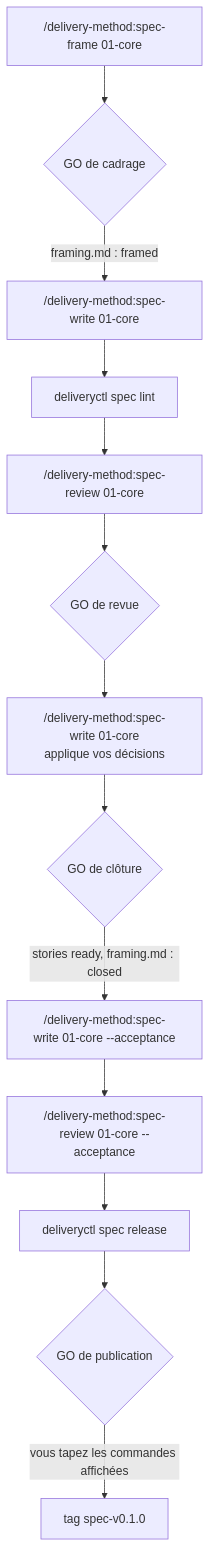
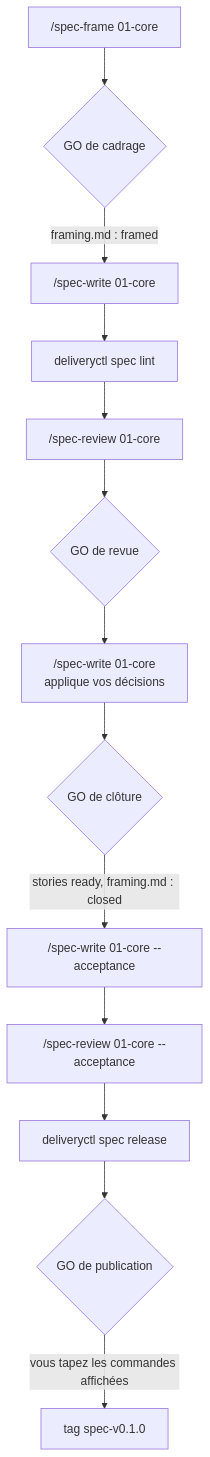
The third of 6 diagrams in docs/guide.md (peugene/delivery-method), drawn with Mermaid before and after one commit. The commit also changed other lines of this file and 15 other files, not shown here.

````diff
--- a/docs/guide.md
+++ b/docs/guide.md
@@ -96,15 +96,15 @@
 ```mermaid
 flowchart TD
-    A["/delivery-method:spec-frame 01-core"] --> B{GO de cadrage}
-    B -- "framing.md : framed" --> C["/delivery-method:spec-write 01-core"]
+    A["/spec-frame 01-core"] --> B{GO de cadrage}
+    B -- "framing.md : framed" --> C["/spec-write 01-core"]
     C --> L["deliveryctl spec lint"]
-    L --> D["/delivery-method:spec-review 01-core"]
+    L --> D["/spec-review 01-core"]
     D --> E{GO de revue}
-    E --> G["/delivery-method:spec-write 01-core<br/>applique vos décisions"]
+    E --> G["/spec-write 01-core<br/>applique vos décisions"]
     G --> H{GO de clôture}
-    H -- "stories ready, framing.md : closed" --> I["/delivery-method:spec-write 01-core --acceptance"]
-    I --> J["/delivery-method:spec-review 01-core --acceptance"]
+    H -- "stories ready, framing.md : closed" --> I["/spec-write 01-core --acceptance"]
+    I --> J["/spec-review 01-core --acceptance"]
     J --> K["deliveryctl spec release"]
     K --> M{GO de publication}
     M -- "vous tapez les commandes affichées" --> N["tag spec-v0.1.0"]
 ```
````
